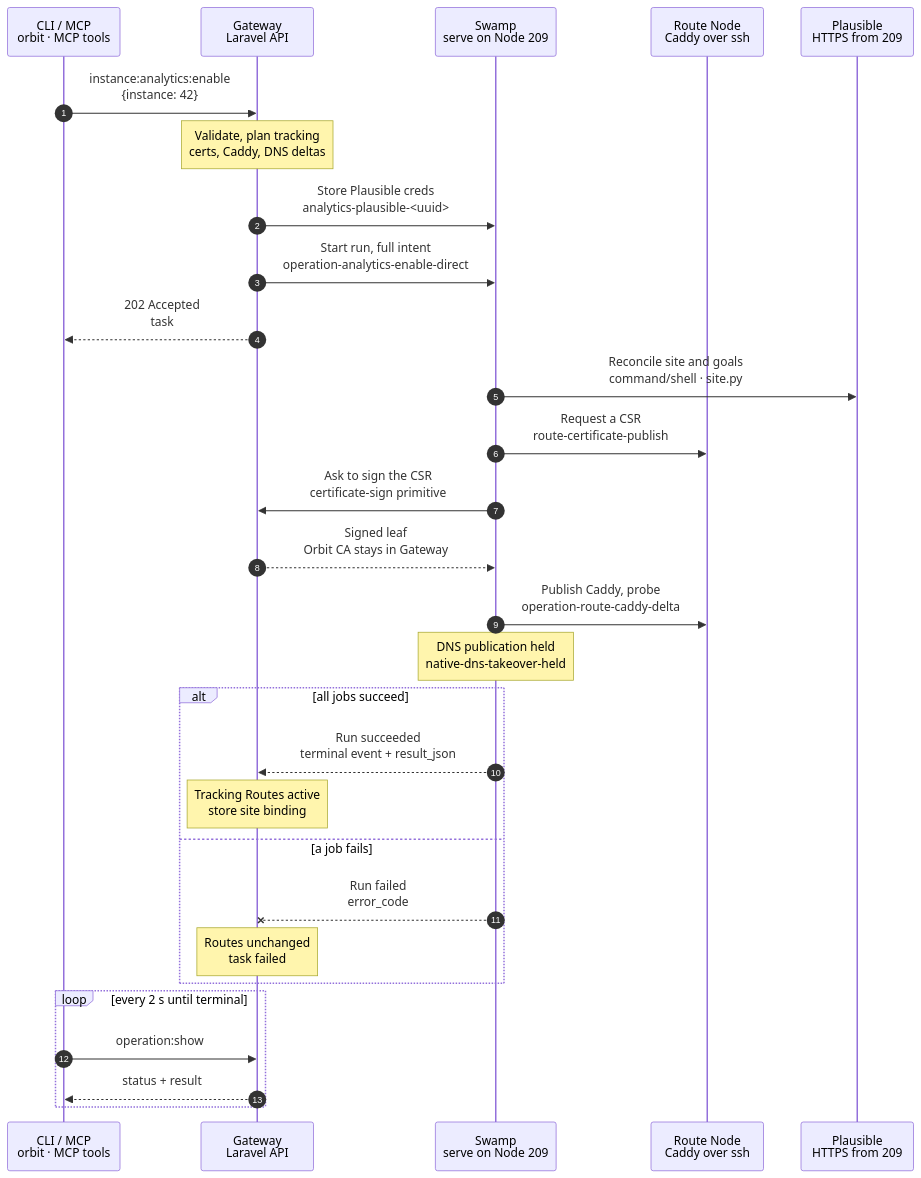
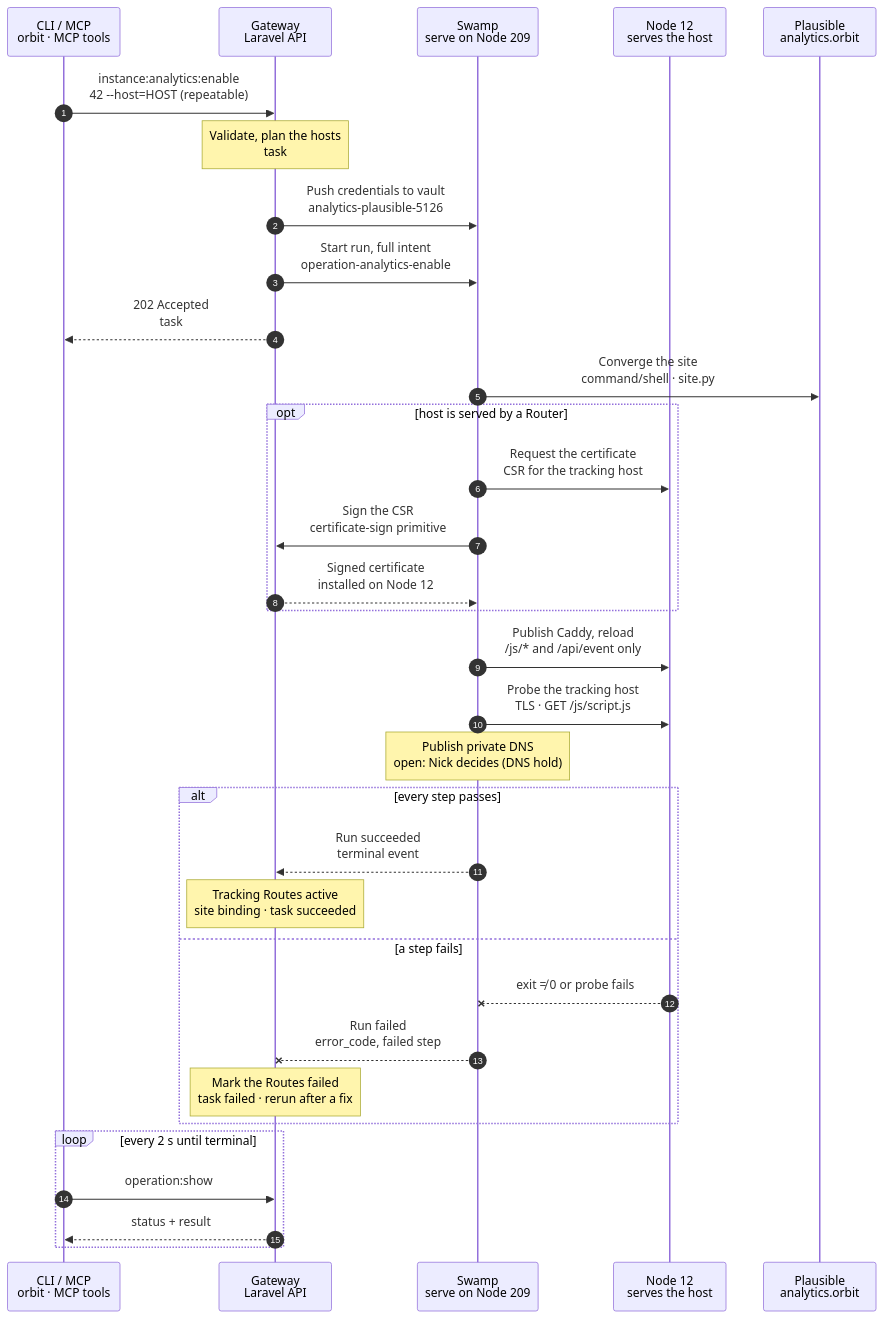
The diagram in docs/flows/analytics.enable.mmd (hardimpactdev/orbit), drawn with Mermaid before and after one commit. The commit also changed 15 other files, not shown here.

First line of the commit message:
docs(flows): wave 5 charts (routes, router, WireGuard, WebSocket, analytics) (#2438)

```diff
--- a/docs/flows/analytics.enable.mmd
+++ b/docs/flows/analytics.enable.mmd
@@ -1,36 +1,121 @@
 sequenceDiagram
-  %% Target design: ADR 0244 task + analytics-plausible-via-swamp + gateway-root-of-trust-keys + single-swamp-node; DECISIONS 2 (DNS publication held).
+  %% Target design: ADR 0244 task, Recall analytics-plausible-via-swamp, DECISIONS 1 (cert signing), 2 (DNS hold), R2-R4. docs/reference/analytics.md.
   %% status: draft
+  %% command: instance:analytics:enable
   autonumber
   %% lane CLI icon=terminal pill=caller tone=gray
   %% lane GW icon=gateway pill=intent tone=blue
   %% lane SW icon=workflow pill=executes tone=green
   %% lane N icon=server pill=target tone=amber
   %% lane P icon=server pill=target tone=purple
   participant CLI as CLI / MCP<br/>orbit · MCP tools
   participant GW as Gateway<br/>Laravel API
   participant SW as Swamp<br/>serve on Node 209
-  participant N as Route Node<br/>Caddy over ssh
-  participant P as Plausible<br/>HTTPS from 209
-  CLI->>GW: instance:analytics:enable<br/>{instance: 42}
-  Note over GW: Validate, plan tracking<br/>certs, Caddy, DNS deltas
-  GW->>SW: Store Plausible creds<br/>analytics-plausible-<uuid>
-  GW->>SW: Start run, full intent<br/>operation-analytics-enable-direct
+  participant N as Node 12<br/>serves the host
+  participant P as Plausible<br/>analytics.orbit
+  CLI->>GW: instance:analytics:enable<br/>42 --host=HOST (repeatable)
+  %%> Command:
+  %%> - `orbit instance:analytics:enable 42 --host=stats.shop.example.com`
+  %%> - syntax: `<instance> [--host=HOST]... [--json]`
+  %%> Input:
+  %%> - the Instance ID
+  %%> - up to ten tracking hosts; without `--host`, `analytics.<instance domain>`
+  %%> What it does:
+  %%> - creates or updates the Instance's Plausible site, and publishes the tracking hosts
+  %%> - sets the exact host set: hosts you leave out are removed
+  Note over GW: Validate, plan the hosts<br/>task #5126 · Instance lock
+  %%> Requirements:
+  %%> - your Node has an access grant to Node 12
+  %%> - a Node has the active `analytics` role (`analytics.role_missing`)
+  %%> - Instance 42 serves a domain (`analytics.domain_required`)
+  %%> - no other Route owns a named host (`analytics.host_taken`)
+  %%> - no other analytics or Route change runs for Instance 42; the Gateway holds one lock
+  %%> Builds:
+  %%> - the site domain (the Instance's own domain), timezone and goals
+  %%> - each host's tracking Route, copying the Node, Cluster and publication of the Instance's Route
+  %%> - the Caddy sites, certificate requests and before state
+  %%> Result:
+  %%> - tracking Routes recorded as provisioning; task #5126 recorded with the full intent
+  GW->>SW: Push credentials to vault<br/>analytics-plausible-5126
+  %%> What it does:
+  %%> - writes the Plausible login to the Swamp vault after commit (R3)
+  %%> Why:
+  %%> - the workflow gets only the vault key name, never the value
+  GW->>SW: Start run, full intent<br/>operation-analytics-enable
+  %%> What it does:
+  %%> - starts one Swamp run on serve (Node 209)
+  %%> Inputs:
+  %%> - the site, goals, hosts, Caddy sites and certificate requests
+  %%> - Node 12's address and SSH host keys; the SSH identity comes from the `swamp` role
   GW-->>CLI: 202 Accepted<br/>task #5126
-  SW->>P: Reconcile site and goals<br/>command/shell · site.py
-  SW->>N: Request a CSR<br/>route-certificate-publish
-  SW->>GW: Ask to sign the CSR<br/>certificate-sign primitive
-  GW-->>SW: Signed leaf<br/>Orbit CA stays in Gateway
-  SW->>N: Publish Caddy, probe<br/>operation-route-caddy-delta
-  Note over SW: DNS publication held<br/>native-dns-takeover-held
-  alt all jobs succeed
-    SW-->>GW: Run succeeded<br/>terminal event + result_json
-    Note over GW: Tracking Routes active<br/>store site binding
-  else a job fails
-    SW--xGW: Run failed<br/>error_code
-    Note over GW: Routes unchanged<br/>task failed
+  %%> What you get:
+  %%> - the task number, at once
+  %%> Next:
+  %%> - the CLI follows the task with `operation:show`
+  SW->>P: Converge the site<br/>command/shell · site.py
+  %%> How:
+  %%> - one shipped script logs in at `https://analytics.orbit` with the vault credentials
+  %%> What it does:
+  %%> - creates the site when it is missing, or updates it; never a duplicate
+  %%> - sets the timezone and the requested goals, checks them, and logs out, also after a failure
+  %%> Never:
+  %%> - session cookies or tokens in outputs or files
+  opt host is served by a Router
+    SW->>N: Request the certificate<br/>CSR for the tracking host
+    %%> When:
+    %%> - only when Instance 42's Route is Cluster-scoped; then Node 12 is the Router
+    %%> What it does:
+    %%> - makes a key and a CSR on Node 12; the private key never leaves it
+    %%> - public Ingress uses its own automatic public certificates
+    SW->>GW: Sign the CSR<br/>certificate-sign primitive
+    %%> Why a call to the Gateway:
+    %%> - certificate signing is the one allowed step→Gateway call; the Orbit CA stays in the Gateway
+    GW-->>SW: Signed certificate<br/>installed on Node 12
+    %%> Returns:
+    %%> - the signed certificate; Swamp installs it on Node 12
+  end
+  SW->>N: Publish Caddy, reload<br/>/js/* and /api/event only
+  %%> What it does:
+  %%> - adds a site per host that proxies only Plausible's script and event paths over WireGuard; every other path answers 404
+  %%> - removes sites of hosts you left out; validates, then reloads Caddy without a restart
+  SW->>N: Probe the tracking host<br/>TLS · GET /js/script.js
+  %%> What it does:
+  %%> - checks the host answers with a valid certificate and serves the script
+  Note over SW: Publish private DNS<br/>open: Nick decides (DNS hold)
+  %%> What it does:
+  %%> - publishes the hosts' private DNS records, waits the 31-second grace, then withdraws old placements
+  %%> Open:
+  %%> - the DNS hold (`native-dns-takeover-held`) is in force; Nick decides how Route DNS is published
+  %%> Not included:
+  %%> - the public CNAME; `instance:analytics:show` names the record to create
+  alt every step passes
+    SW-->>GW: Run succeeded<br/>terminal event
+    %%> How the Gateway learns it:
+    %%> - its shared run reader sees the terminal event; Swamp never calls the Gateway
+    Note over GW: Tracking Routes active<br/>site binding · task succeeded
+    %%> Result:
+    %%> - the tracking Routes become active; removed hosts' Routes are deleted
+    %%> - the Plausible site binding is saved; task #5126 succeeds
+  else a step fails
+    N--xSW: exit ≠ 0 or probe fails
+    %%> When:
+    %%> - the Plausible call, a certificate, Caddy or the probe fails
+    SW--xGW: Run failed<br/>error_code, failed step
+    %%> The Gateway reads:
+    %%> - which step failed and its public error code; never a Plausible response body
+    Note over GW: Mark the Routes failed<br/>task failed · rerun after a fix
+    %%> Result:
+    %%> - the tracking Routes stay, marked failed; task #5126 fails
+    %%> On the Node:
+    %%> - a Plausible site already created stays; a rerun finds and reuses it
+    %%> Retry:
+    %%> - run the same command again; it converges the same site and hosts
   end
   loop every 2 s until terminal
     CLI->>GW: operation:show #5126
+    %%> What it does:
+    %%> - asks for the task's status every 2 seconds until it has ended
     GW-->>CLI: status + result
+    %%> Returns:
+    %%> - the current status, and the result once the task has ended
   end
```
